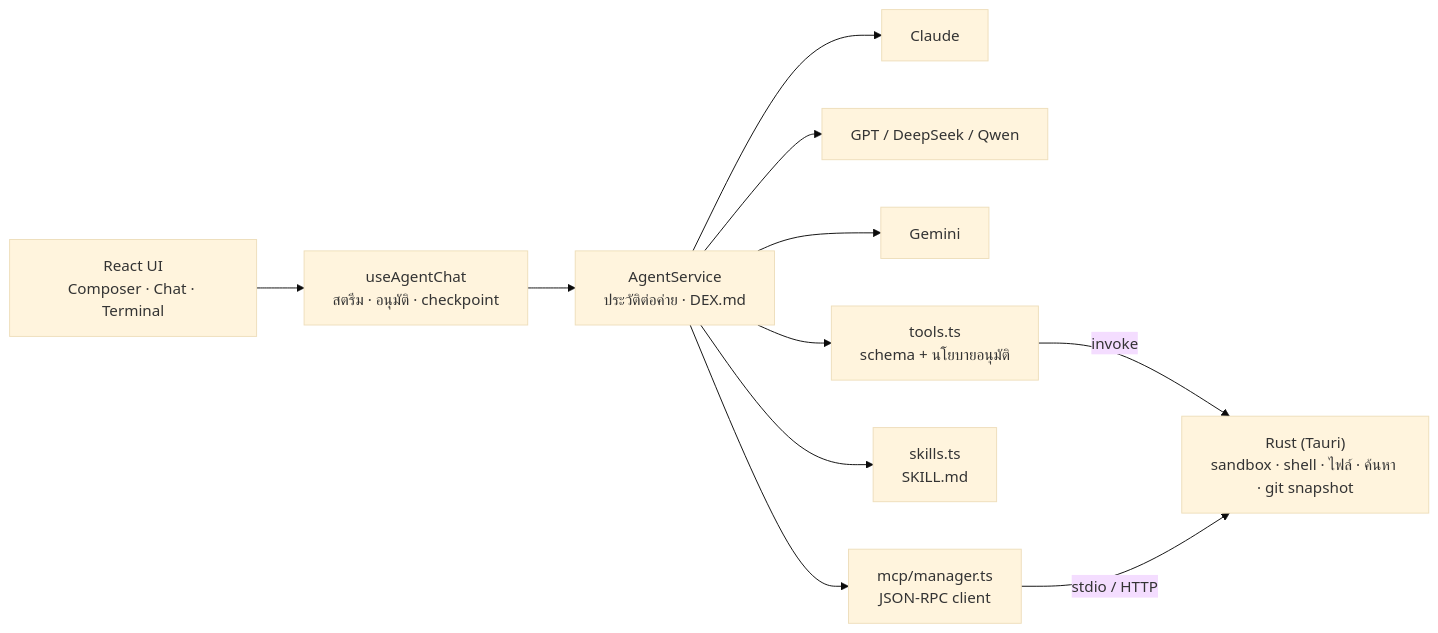
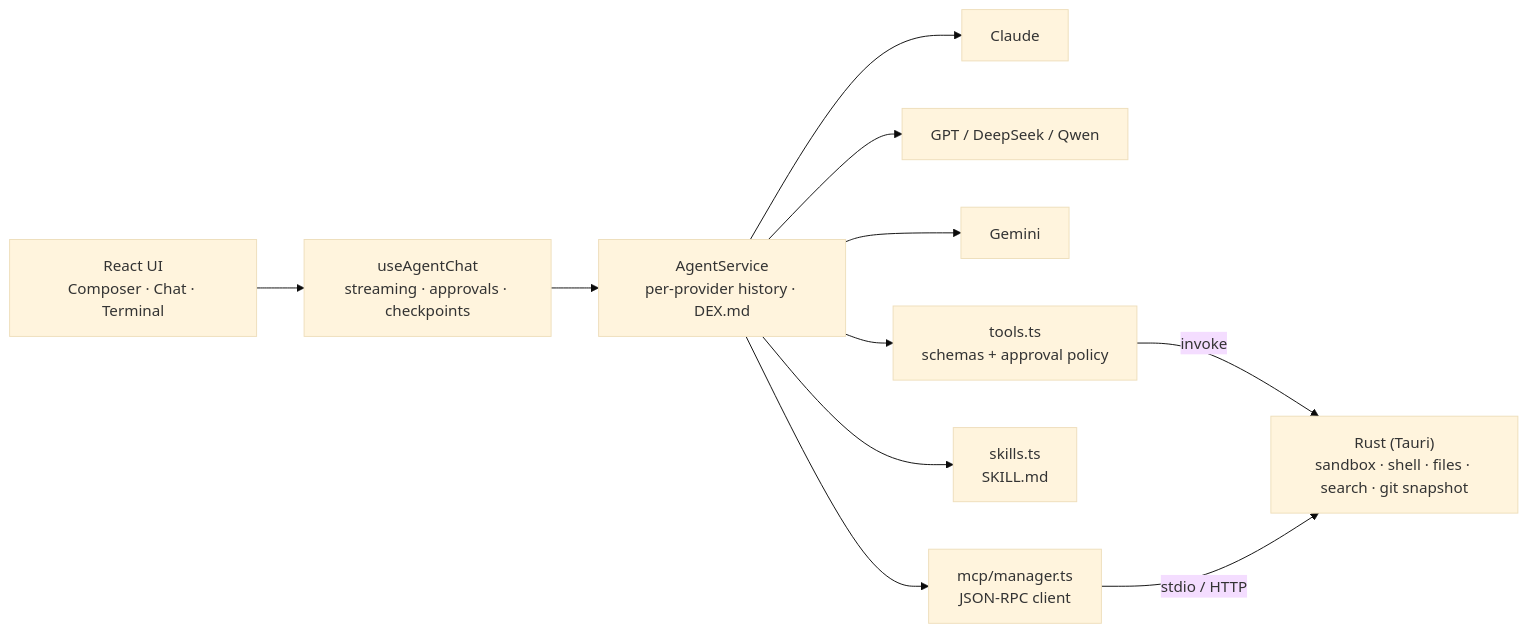
The diagram in README.md (Thawatchai-Yodyeam/Dex-AI-coding-agent), drawn with Mermaid (base theme) before and after one commit. The commit also changed other lines of this file and 14 other files, not shown here.

````diff
--- a/README.md
+++ b/README.md
@@ -182,13 +185,13 @@
 ```mermaid
 flowchart LR
-    UI["React UI<br/>Composer · Chat · Terminal"] --> Hook["useAgentChat<br/>สตรีม · อนุมัติ · checkpoint"]
-    Hook --> Svc["AgentService<br/>ประวัติต่อค่าย · DEX.md"]
+    UI["React UI<br/>Composer · Chat · Terminal"] --> Hook["useAgentChat<br/>streaming · approvals · checkpoints"]
+    Hook --> Svc["AgentService<br/>per-provider history · DEX.md"]
     Svc --> P1["Claude"]
     Svc --> P2["GPT / DeepSeek / Qwen"]
     Svc --> P3["Gemini"]
-    Svc --> Tools["tools.ts<br/>schema + นโยบายอนุมัติ"]
+    Svc --> Tools["tools.ts<br/>schemas + approval policy"]
     Svc --> Skills["skills.ts<br/>SKILL.md"]
     Svc --> MCP["mcp/manager.ts<br/>JSON-RPC client"]
-    Tools -->|invoke| Rust["Rust (Tauri)<br/>sandbox · shell · ไฟล์ · ค้นหา · git snapshot"]
+    Tools -->|invoke| Rust["Rust (Tauri)<br/>sandbox · shell · files · search · git snapshot"]
     MCP -->|stdio / HTTP| Rust
 ```
````
